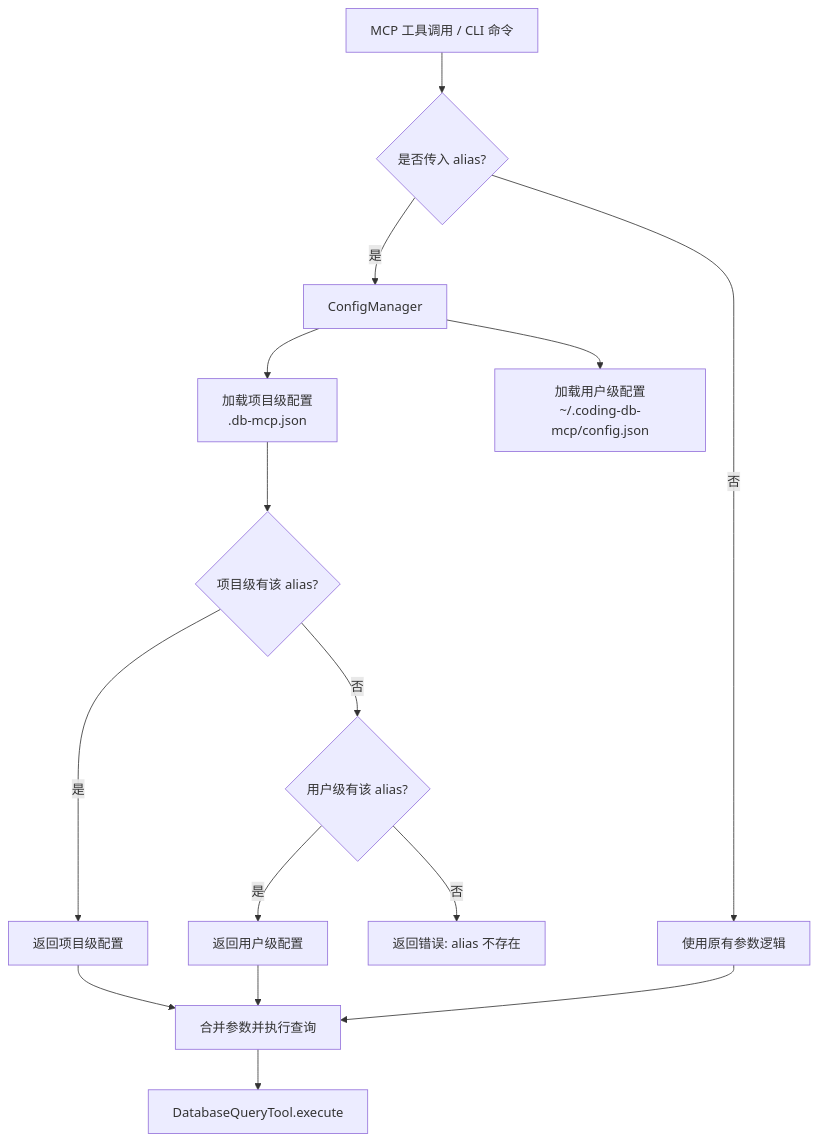
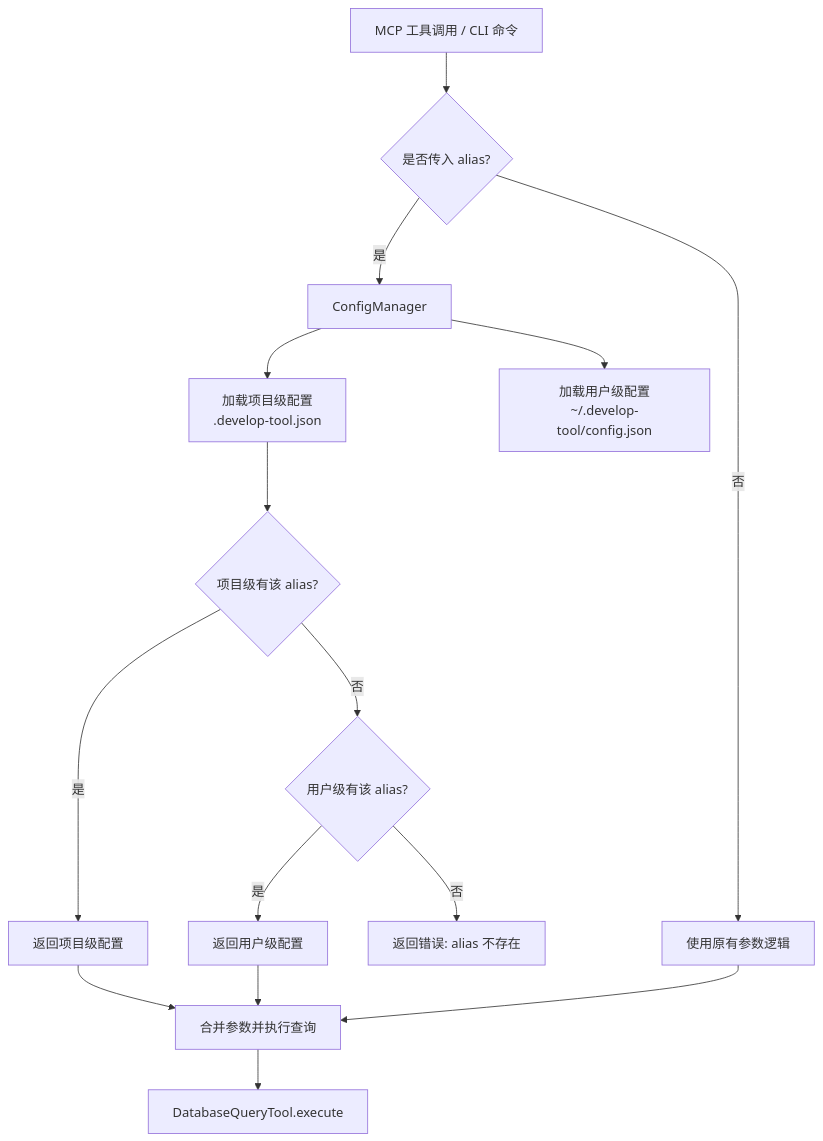
The first of 3 diagrams in .kiro/specs/database-alias-config/design.md (xuejike/coding-db-mcp), drawn with Mermaid before and after one commit. The commit also changed other lines of this file and 5 other files, not shown here.

````diff
--- a/.kiro/specs/database-alias-config/design.md
+++ b/.kiro/specs/database-alias-config/design.md
@@ -11,17 +11,17 @@
 ```mermaid
 graph TD
     A[MCP 工具调用 / CLI 命令] --> B{是否传入 alias?}
     B -->|是| C[ConfigManager]
     B -->|否| D[使用原有参数逻辑]
-    C --> E[加载项目级配置<br/>.db-mcp.json]
-    C --> F[加载用户级配置<br/>~/.coding-db-mcp/config.json]
+    C --> E[加载项目级配置<br/>.develop-tool.json]
+    C --> F[加载用户级配置<br/>~/.develop-tool/config.json]
     E --> G{项目级有该 alias?}
     G -->|是| H[返回项目级配置]
     G -->|否| I{用户级有该 alias?}
     I -->|是| J[返回用户级配置]
     I -->|否| K[返回错误: alias 不存在]
     H --> L[合并参数并执行查询]
     J --> L
     D --> L
     L --> M[DatabaseQueryTool.execute]
 ```
````
